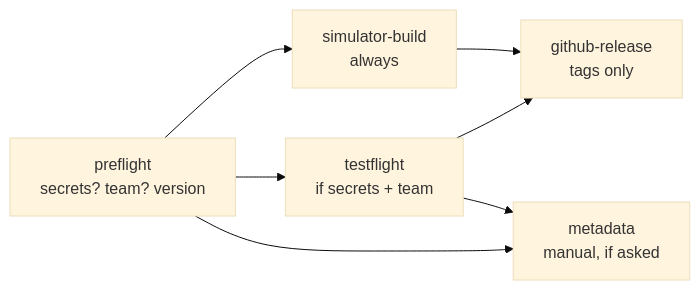
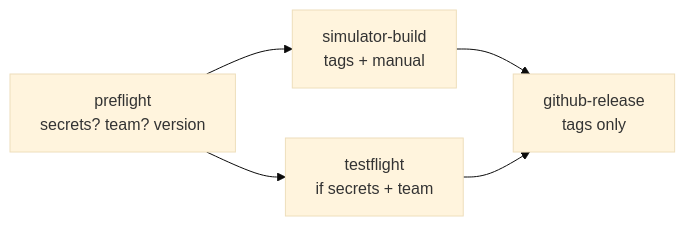
The diagram in docs/CI.md (kccarlos/WuKongMind), drawn with Mermaid (base theme) before and after one commit. The commit also changed other lines of this file and 146 other files, not shown here.

````diff
--- a/docs/CI.md
+++ b/docs/CI.md
@@ -53,9 +53,7 @@
 ```mermaid
 flowchart LR
-  P[preflight<br/>secrets? team? version] --> S[simulator-build<br/>always]
+  P[preflight<br/>secrets? team? version] --> S[simulator-build<br/>tags + manual]
   P --> T[testflight<br/>if secrets + team]
-  T --> M[metadata<br/>manual, if asked]
-  P --> M
   S --> R[github-release<br/>tags only]
   T --> R
 ```
````
